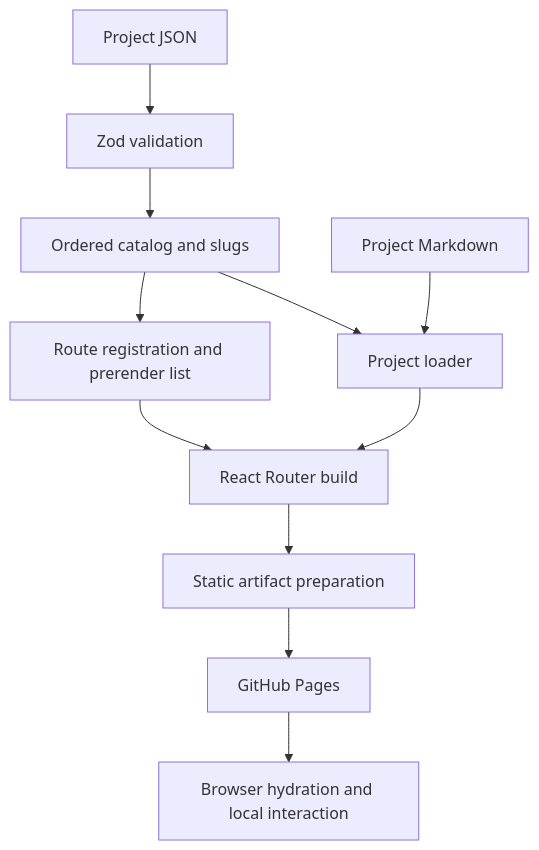
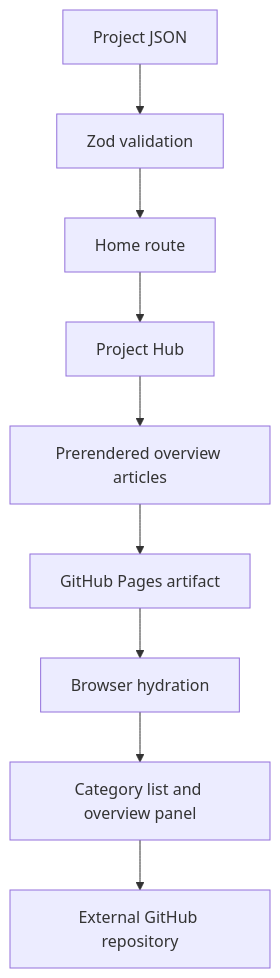
One commit to ryantr-statinops/my-portfolio changed the diagram in docs/architecture/README.md. Above: the diagram before and after it, drawn with Mermaid. The commit also changed other lines of this file and 14 other files, not shown here.

Commit message:
docs: align architecture deployment and source references

````diff
--- a/docs/architecture/README.md
+++ b/docs/architecture/README.md
@@ -17,13 +17,11 @@
 ```mermaid
 flowchart TD
   JSON[Project JSON] --> ZOD[Zod validation]
-  ZOD --> CAT[Ordered catalog and slugs]
-  MD[Project Markdown] --> LOADER[Project loader]
-  CAT --> ROUTES[Route registration and prerender list]
-  CAT --> LOADER
-  ROUTES --> BUILD[React Router build]
-  LOADER --> BUILD
-  BUILD --> ART[Static artifact preparation]
-  ART --> PAGES[GitHub Pages]
-  PAGES --> UI[Browser hydration and local interaction]
+  ZOD --> HOME[Home route]
+  HOME --> HUB[Project Hub]
+  HUB --> STATIC[Prerendered overview articles]
+  STATIC --> PAGES[GitHub Pages artifact]
+  PAGES --> HYDRATE[Browser hydration]
+  HYDRATE --> PANEL[Category list and overview panel]
+  PANEL --> REPO[External GitHub repository]
 ```
````
